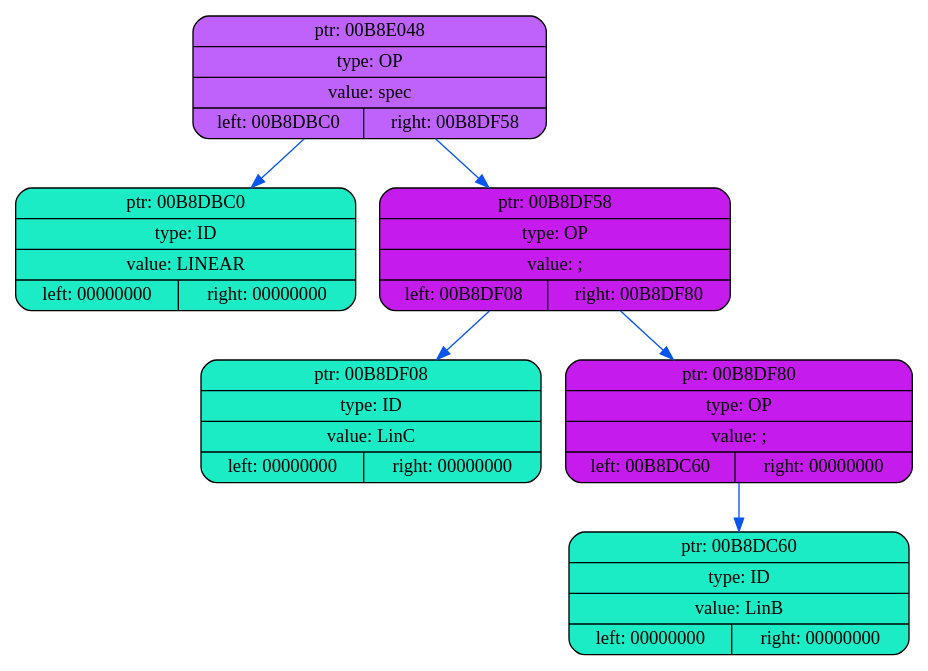
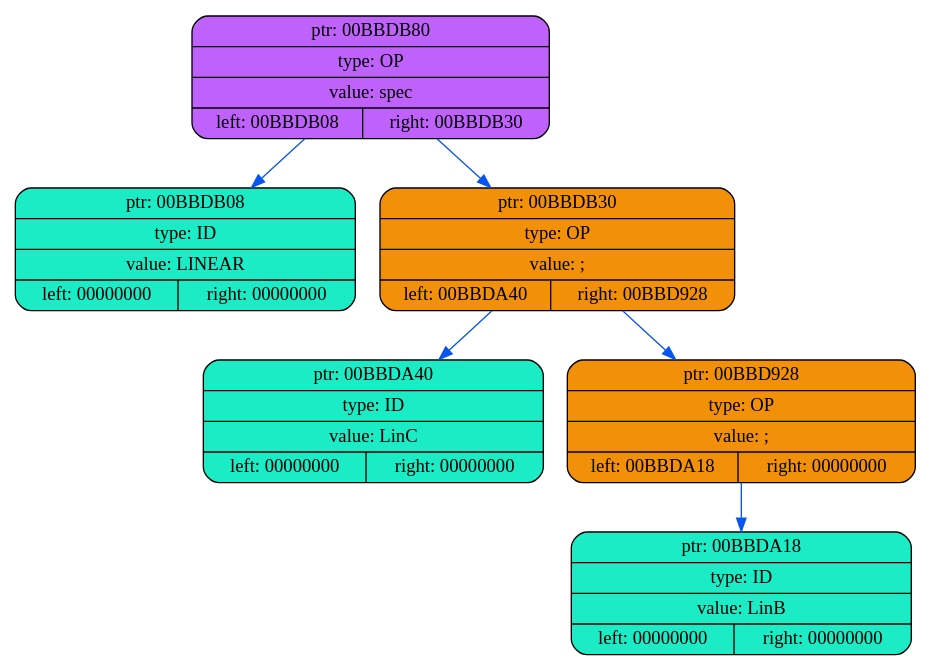
Before and after one commit to coffee8cat/Elden-language: the diagram in frontend/dump/dump1.dot, drawn with Graphviz. The commit also changed 23 other files, not shown here.

```diff
--- a/frontend/dump/dump1.dot
+++ b/frontend/dump/dump1.dot
@@ -1,16 +1,16 @@
 digraph
 {
     rankdir=TP
 
-        node00B8E048[shape=record,style="rounded,filled",fillcolor="#BF62FC",label="{ ptr: 00B8E048 | type: OP | value: spec| { left: 00B8DBC0 | right: 00B8DF58 }}"];
-    node00B8E048 -> node00B8DBC0[color="#0855F0"]
-    node00B8DBC0[shape=record,style="rounded,filled",fillcolor="#1BECC5",label="{ ptr: 00B8DBC0 | type: ID | value: LINEAR| { left: 00000000 | right: 00000000 }}"];
-    node00B8E048 -> node00B8DF58[color="#0855F0"]
-    node00B8DF58[shape=record,style="rounded,filled",fillcolor="#C51BEC",label="{ ptr: 00B8DF58 | type: OP | value: ;| { left: 00B8DF08 | right: 00B8DF80 }}"];
-    node00B8DF58 -> node00B8DF08[color="#0855F0"]
-    node00B8DF08[shape=record,style="rounded,filled",fillcolor="#1BECC5",label="{ ptr: 00B8DF08 | type: ID | value: LinC| { left: 00000000 | right: 00000000 }}"];
-    node00B8DF58 -> node00B8DF80[color="#0855F0"]
-    node00B8DF80[shape=record,style="rounded,filled",fillcolor="#C51BEC",label="{ ptr: 00B8DF80 | type: OP | value: ;| { left: 00B8DC60 | right: 00000000 }}"];
-    node00B8DF80 -> node00B8DC60[color="#0855F0"]
-    node00B8DC60[shape=record,style="rounded,filled",fillcolor="#1BECC5",label="{ ptr: 00B8DC60 | type: ID | value: LinB| { left: 00000000 | right: 00000000 }}"];
+        node00BBDB80[shape=record,style="rounded,filled",fillcolor="#BF62FC",label="{ ptr: 00BBDB80 | type: OP | value: spec| { left: 00BBDB08 | right: 00BBDB30 }}"];
+    node00BBDB80 -> node00BBDB08[color="#0855F0"]
+    node00BBDB08[shape=record,style="rounded,filled",fillcolor="#1BECC5",label="{ ptr: 00BBDB08 | type: ID | value: LINEAR| { left: 00000000 | right: 00000000 }}"];
+    node00BBDB80 -> node00BBDB30[color="#0855F0"]
+    node00BBDB30[shape=record,style="rounded,filled",fillcolor="#F2900A",label="{ ptr: 00BBDB30 | type: OP | value: ;| { left: 00BBDA40 | right: 00BBD928 }}"];
+    node00BBDB30 -> node00BBDA40[color="#0855F0"]
+    node00BBDA40[shape=record,style="rounded,filled",fillcolor="#1BECC5",label="{ ptr: 00BBDA40 | type: ID | value: LinC| { left: 00000000 | right: 00000000 }}"];
+    node00BBDB30 -> node00BBD928[color="#0855F0"]
+    node00BBD928[shape=record,style="rounded,filled",fillcolor="#F2900A",label="{ ptr: 00BBD928 | type: OP | value: ;| { left: 00BBDA18 | right: 00000000 }}"];
+    node00BBD928 -> node00BBDA18[color="#0855F0"]
+    node00BBDA18[shape=record,style="rounded,filled",fillcolor="#1BECC5",label="{ ptr: 00BBDA18 | type: ID | value: LinB| { left: 00000000 | right: 00000000 }}"];
 }
```
